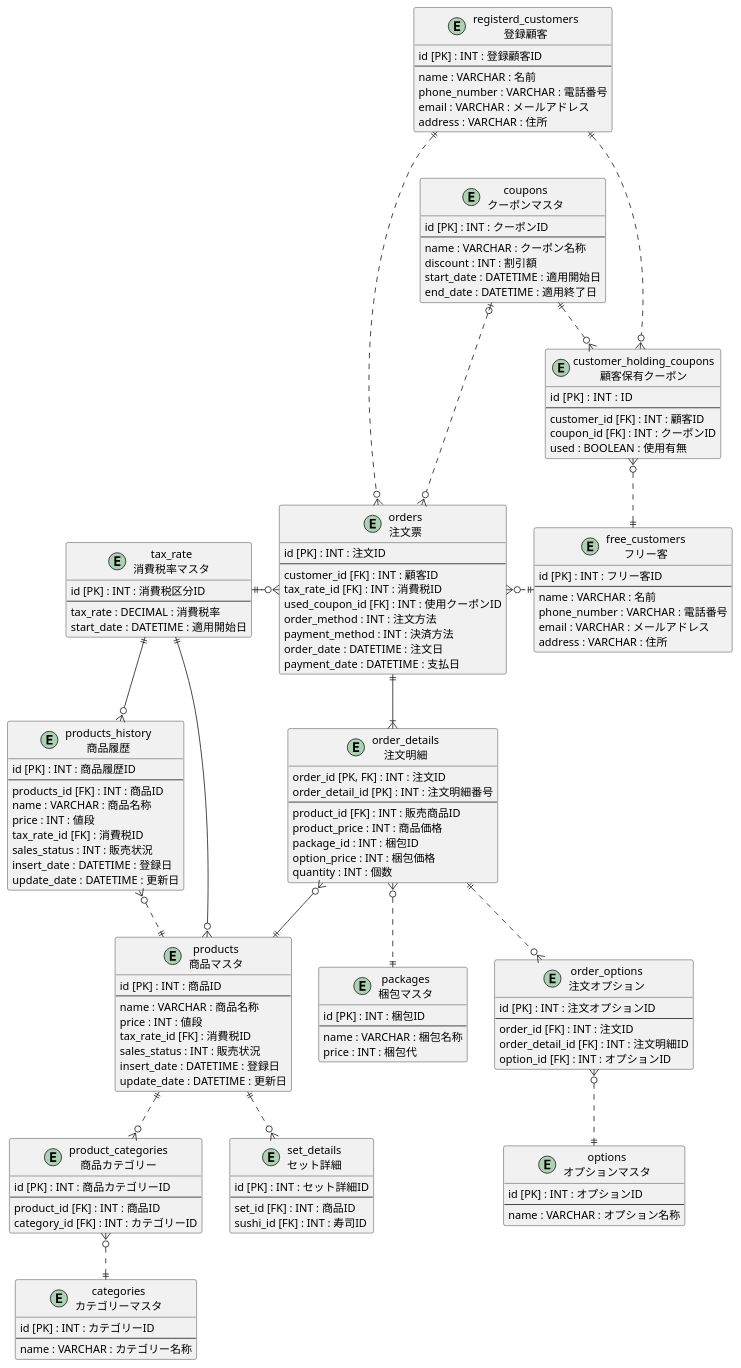
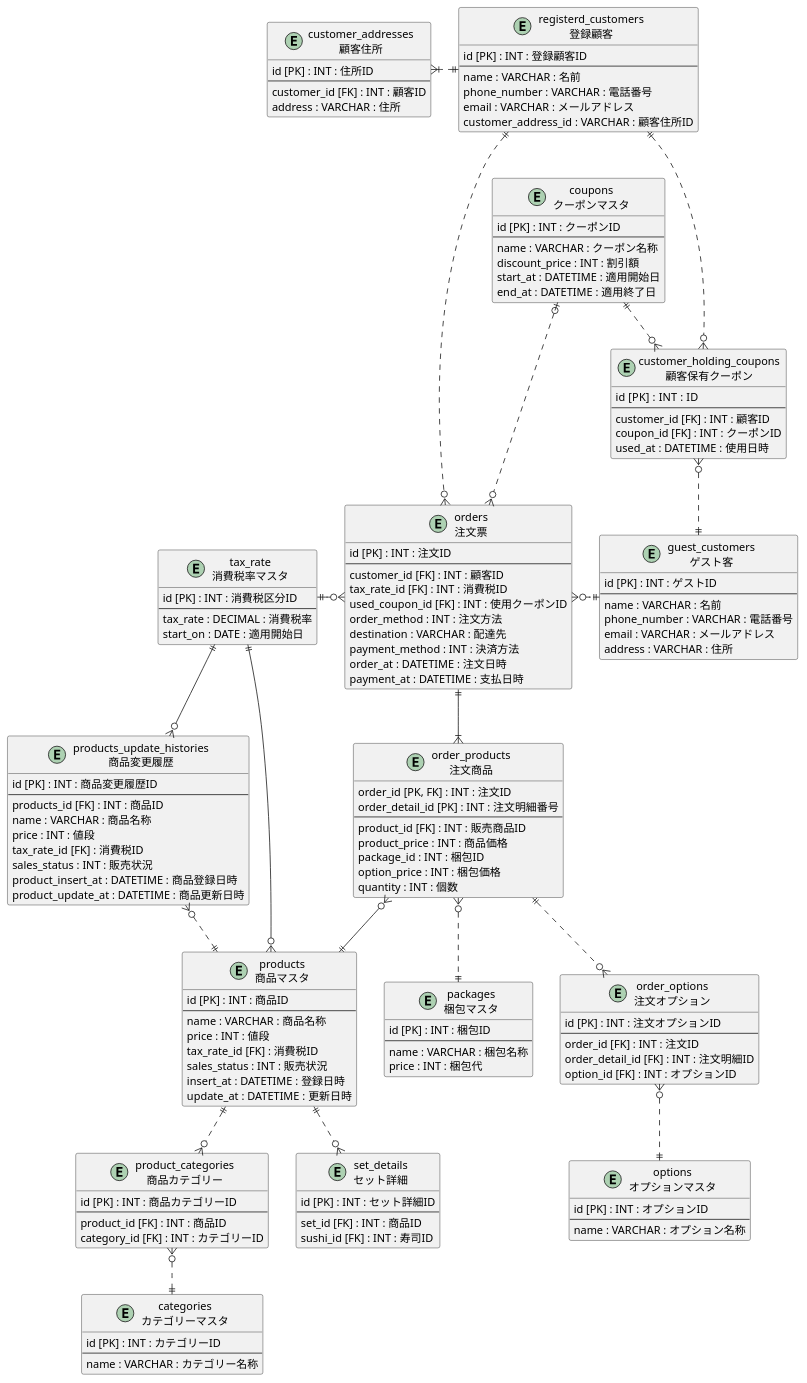
Before and after one commit to praha-inc/praha-challenge-7: the diagram in I84PdeRyF2ApGF/db_modeling01/task_03/db_modeling03.pu, drawn with PlantUML.

Commit message:
[Fix] er-diagram

```diff
--- a/I84PdeRyF2ApGF/db_modeling01/task_03/db_modeling03.pu
+++ b/I84PdeRyF2ApGF/db_modeling01/task_03/db_modeling03.pu
@@ -1,164 +1,174 @@
 @startuml dbModeling1
     Entity "tax_rate\n消費税率マスタ" as tax_rate{
         id [PK] : INT : 消費税区分ID
         --
         tax_rate : DECIMAL : 消費税率
-        start_date : DATETIME : 適用開始日
+        start_on : DATE : 適用開始日
     }
 
-    Entity "free_customers\nフリー客" as f_c {
-        id [PK] : INT : フリー客ID
+    Entity "guest_customers\nゲスト客" as f_c {
+        id [PK] : INT : ゲストID
         --
         name : VARCHAR : 名前
         phone_number : VARCHAR : 電話番号
         email : VARCHAR : メールアドレス
         address : VARCHAR : 住所
     }
 
+    Entity "customer_addresses\n顧客住所" as c_a{
+        id [PK] : INT : 住所ID
+        --
+        customer_id [FK] : INT : 顧客ID
+        address : VARCHAR : 住所 
+    }
+    
     Entity "registerd_customers\n登録顧客" as r_c{
         id [PK] : INT : 登録顧客ID
         --
         name : VARCHAR : 名前
         phone_number : VARCHAR : 電話番号
         email : VARCHAR : メールアドレス
-        address : VARCHAR : 住所
+        customer_address_id : VARCHAR : 顧客住所ID
     }
 
     Entity "customer_holding_coupons\n顧客保有クーポン" as c_h_c{
         id [PK] : INT :  ID
         --
         customer_id [FK] : INT : 顧客ID
         coupon_id [FK] : INT : クーポンID
-        used : BOOLEAN : 使用有無
+        used_at : DATETIME : 使用日時
     }
 
     Entity "coupons\nクーポンマスタ" as c_m{
         id [PK] : INT : クーポンID
         --
         name : VARCHAR : クーポン名称
-        discount : INT : 割引額
-        start_date : DATETIME : 適用開始日
-        end_date : DATETIME : 適用終了日
+        discount_price : INT : 割引額
+        start_at : DATETIME : 適用開始日
+        end_at : DATETIME : 適用終了日
     }
 
     Entity "orders\n注文票" as orders {
         id [PK] : INT : 注文ID
         --
         customer_id [FK] : INT : 顧客ID
         tax_rate_id [FK] : INT : 消費税ID
         used_coupon_id [FK] : INT : 使用クーポンID
         order_method : INT : 注文方法
+        destination : VARCHAR : 配達先
         payment_method : INT : 決済方法
-        order_date : DATETIME : 注文日
-        payment_date : DATETIME : 支払日
+        order_at : DATETIME : 注文日時
+        payment_at : DATETIME : 支払日時
     }
 
-    Entity "order_details\n注文明細" as order_details {
+    Entity "order_products\n注文商品" as order_details {
         order_id [PK, FK] : INT : 注文ID 
         order_detail_id [PK] : INT : 注文明細番号 
         --
         product_id [FK] : INT : 販売商品ID
         product_price : INT : 商品価格
         package_id : INT : 梱包ID 
         option_price : INT : 梱包価格
         quantity : INT : 個数
     }
 
     Entity "order_options\n注文オプション" as options {
         id [PK] : INT : 注文オプションID
         --
         order_id [FK] : INT : 注文ID
         order_detail_id [FK] : INT : 注文明細ID
         option_id [FK] : INT : オプションID
     }
 
     Entity "options\nオプションマスタ" as om{
         id [PK] : INT : オプションID
         --
         name : VARCHAR : オプション名称
     }
 
     Entity "packages\n梱包マスタ" as p_o{
         id [PK] : INT : 梱包ID
         --
         name : VARCHAR : 梱包名称
         price : INT : 梱包代
     }
 
     Entity "products\n商品マスタ" as s_p{
         id [PK] : INT : 商品ID
         --
         name : VARCHAR : 商品名称
         price : INT : 値段
         tax_rate_id [FK] : 消費税ID
         sales_status : INT : 販売状況
-        insert_date : DATETIME : 登録日
-        update_date : DATETIME : 更新日
+        insert_at : DATETIME : 登録日時
+        update_at : DATETIME : 更新日時
     }
 
-    Entity "products_history\n商品履歴" as p_h {
-        id [PK] : INT : 商品履歴ID
+    Entity "products_update_histories\n商品変更履歴" as p_h {
+        id [PK] : INT : 商品変更履歴ID
         --
         products_id [FK] : INT : 商品ID
         name : VARCHAR : 商品名称
         price : INT : 値段
         tax_rate_id [FK] : 消費税ID
         sales_status : INT : 販売状況
-        insert_date : DATETIME : 登録日
-        update_date : DATETIME : 更新日
+        product_insert_at : DATETIME : 商品登録日時
+        product_update_at : DATETIME : 商品更新日時
     }
 
     Entity "set_details\nセット詳細" as s_d{
         id [PK] : INT : セット詳細ID
         --
         set_id [FK] : INT : 商品ID
         sushi_id [FK] : INT : 寿司ID
     }
 
     Entity "categories\nカテゴリーマスタ" as c {
         id [PK] : INT : カテゴリーID
         --
         name : VARCHAR : カテゴリー名称
     }
 
     Entity "product_categories\n商品カテゴリー" as pc {
         id [PK] : INT : 商品カテゴリーID
         --
         product_id [FK] : INT : 商品ID
         category_id [FK] : INT : カテゴリーID
     }
 
     orders }o..r..|| f_c
     r_c ||....o{ orders
     orders ||-d-|{ order_details
     orders }o-l-|| tax_rate
     order_details }o--|| s_p
     tax_rate ||--o{ s_p
     tax_rate ||--o{ p_h
     s_p ||..o{ pc
     pc }o..|| c
     s_p ||..o{ s_d
     order_details ||..o{ options
     options }o..|| om
     s_p ||..l..o{ p_h 
     order_details }o..|| p_o
     ' p_o ||..o{ p_o_h
     r_c ||..o{ c_h_c
     c_h_c }o..|| f_c
     c_m ||..o{ c_h_c
     c_m |o..o{orders
+    c_a }|.r.|| r_c
+
 
     ' * 主キー
     ' + 外部キー
     ' カラム名 : 型 : 説明
 
     ' 1対０また1
     ' A ||--o| B
     ' 1対1
     ' A ||--|| B
     ' 1対0以上
     ' A ||--o{ B
     ' 1対1以上
     ' A ||--|{ B
 
 @enduml
```
